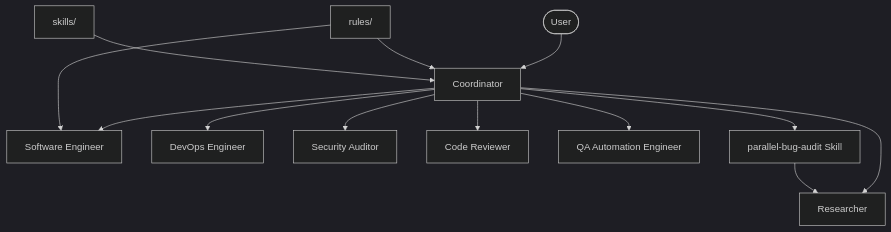
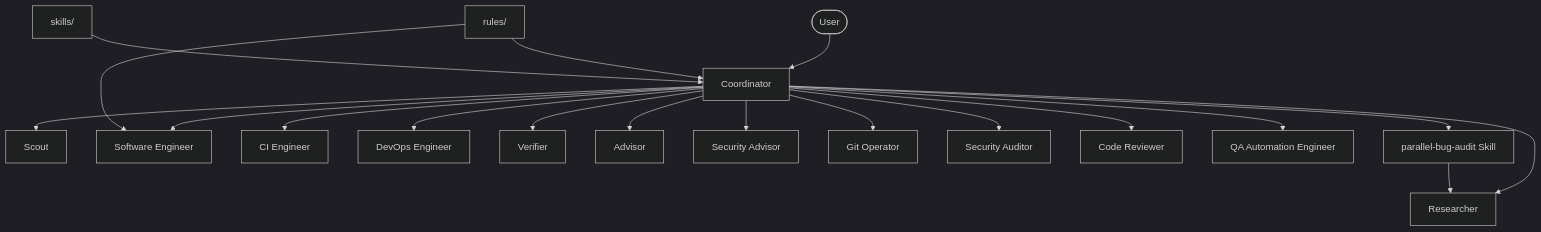
Before and after one commit to LeonStadler/opencode-agent: the diagram in README.md, drawn with Mermaid (dark theme). The commit also changed other lines of this file and 19 other files, not shown here.

````diff
--- a/README.md
+++ b/README.md
@@ -14,18 +14,24 @@
 ```mermaid
 flowchart TB
     User([User]) --> Coordinator
 
+    Coordinator --> Scout
     Coordinator --> Researcher
     Coordinator --> SoftwareEngineer[Software Engineer]
+    Coordinator --> CIEngineer[CI Engineer]
     Coordinator --> DevOps[DevOps Engineer]
+    Coordinator --> Verifier
+    Coordinator --> Advisor
+    Coordinator --> SecurityAdvisor[Security Advisor]
+    Coordinator --> GitOperator[Git Operator]
     Coordinator --> SecurityAuditor[Security Auditor]
     Coordinator --> CodeReviewer[Code Reviewer]
     Coordinator --> QA[QA Automation Engineer]
 
     Coordinator --> BugAuditSkill[parallel-bug-audit Skill]
     BugAuditSkill --> Researcher
 
     Rules["rules/"] --> Coordinator
     Rules --> SoftwareEngineer
     Skills["skills/"] --> Coordinator
 ```
````
